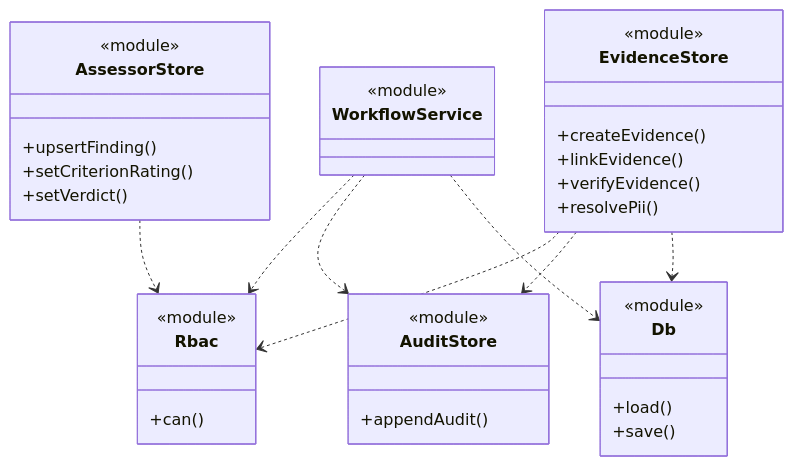
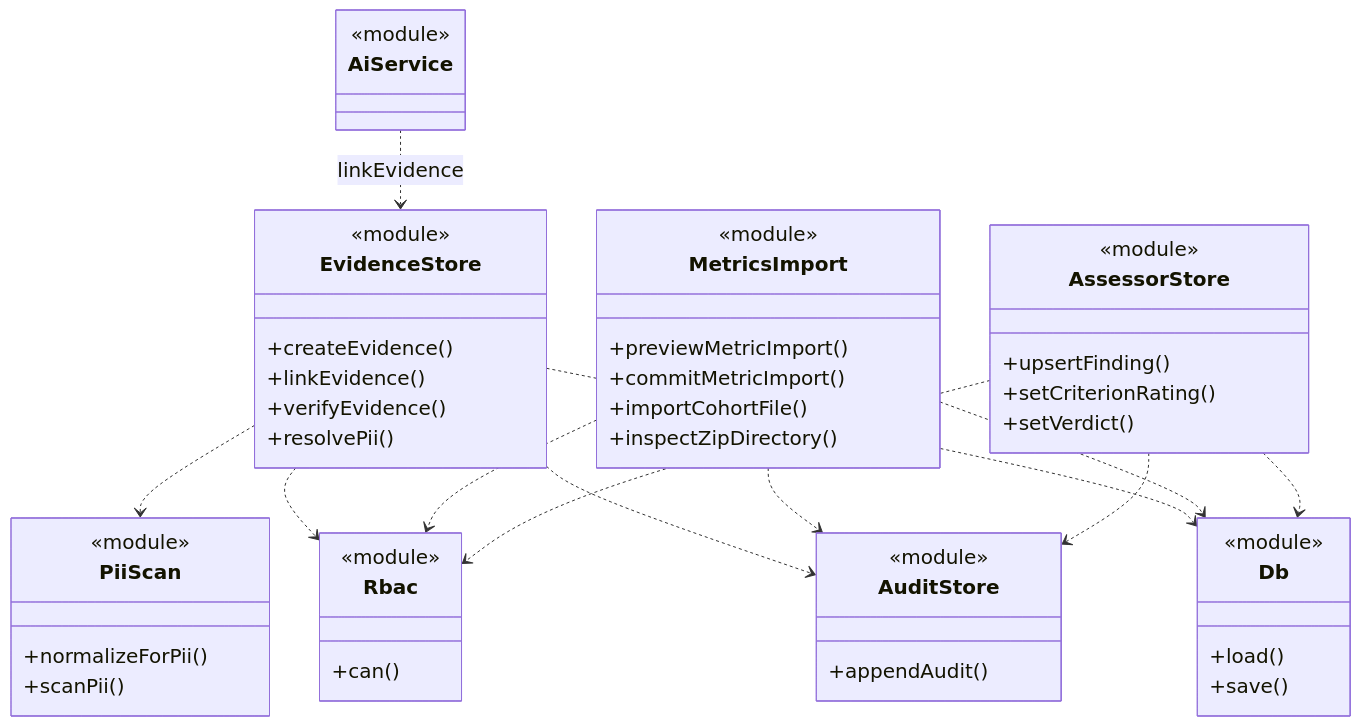
Before and after one commit to sunthanathza5566/project-mockup: the diagram in docs/diagrams/class-domain-support.mmd, drawn with Mermaid. The commit also changed 15 other files, not shown here.

Commit message:
docs(TASK-0001): D1 final UML diagram set (20 figures, A4-legible, mermaid dashed-line fix)

```diff
--- a/docs/diagrams/class-domain-support.mmd
+++ b/docs/diagrams/class-domain-support.mmd
@@ -1,39 +1,56 @@
-%% source: eduflow-next/lib/api/{evidence.store,assessor.store,workflow,rbac,audit.store,db}.ts | task: TASK-0001 | updated: 2026-10-21
+%% source: eduflow-next/lib/api/evidence.store.ts:149,249 (createEvidence, linkEvidence); utils/pii.ts:57,87 (normalizeForPii, scanPii); metrics-import.ts:46,207,292,350 (inspectZipDirectory, preview/commit, importCohortFile); assessor.store.ts:64-135; rbac.ts; audit.store.ts; db.ts | task: TASK-0001 | updated: 2026-10-23
+%%{init: {"themeVariables": {"fontSize": "20px"}, "themeCSS": ".edge-pattern-dashed{stroke-dasharray: 4 4 !important}"}}%%
 classDiagram
   direction TB
-  class WorkflowService {
+  class AiService {
     <<module>>
   }
   class EvidenceStore {
     <<module>>
     +createEvidence()
     +linkEvidence()
     +verifyEvidence()
     +resolvePii()
+  }
+  class PiiScan {
+    <<module>>
+    +normalizeForPii()
+    +scanPii()
+  }
+  class MetricsImport {
+    <<module>>
+    +previewMetricImport()
+    +commitMetricImport()
+    +importCohortFile()
+    +inspectZipDirectory()
   }
   class AssessorStore {
     <<module>>
     +upsertFinding()
     +setCriterionRating()
     +setVerdict()
   }
   class Rbac {
     <<module>>
     +can()
   }
   class AuditStore {
     <<module>>
     +appendAudit()
   }
   class Db {
     <<module>>
     +load()
     +save()
   }
-  WorkflowService ..> Rbac
-  WorkflowService ..> AuditStore
-  WorkflowService ..> Db
+  AiService ..> EvidenceStore : linkEvidence
+  EvidenceStore ..> PiiScan
   EvidenceStore ..> Rbac
   EvidenceStore ..> AuditStore
   EvidenceStore ..> Db
+  MetricsImport ..> Rbac
+  MetricsImport ..> AuditStore
+  MetricsImport ..> Db
   AssessorStore ..> Rbac
+  AssessorStore ..> AuditStore
+  AssessorStore ..> Db
```
